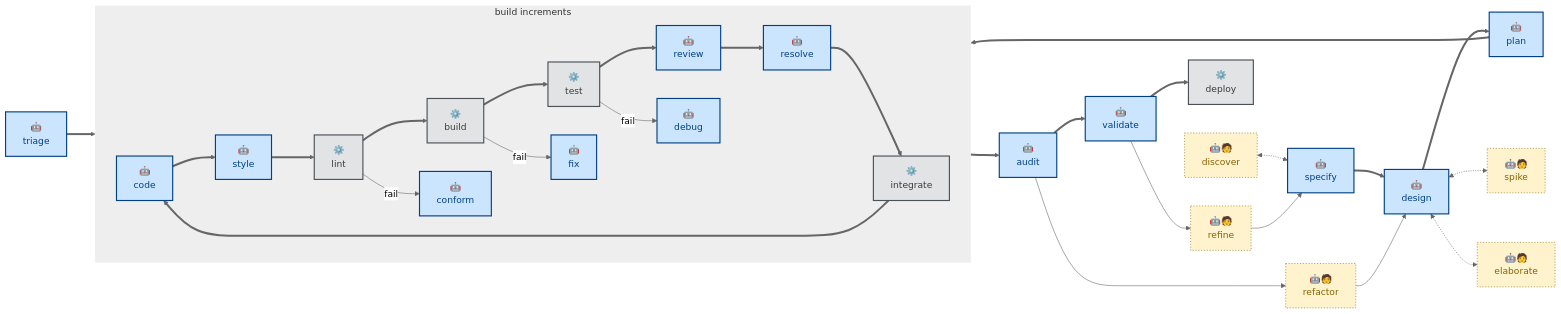
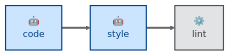
Before and after one commit to kieranpotts/skills: the diagram in skills/style/README.md, drawn with Mermaid (neutral theme). The commit also changed other lines of this file and 25 other files, not shown here.

````diff
--- a/skills/style/README.md
+++ b/skills/style/README.md
@@ -17,73 +28,16 @@
 ```mermaid
 flowchart LR
   %% Node labels and classes.
-  discover["🤖🧑\ndiscover"]:::anthropic
-  specify["🤖\nspecify"]:::agentic
-  design["🤖\ndesign"]:::agentic
-  triage["🤖\ntriage"]:::agentic
-  plan["🤖\nplan"]:::agentic
   code["🤖\ncode"]:::agentic
   styleSkill["🤖\nstyle"]:::agentic
   lint["⚙️\nlint"]:::scripted
-  review["🤖\nreview"]:::agentic
-  resolve["🤖\nresolve"]:::agentic
-  build["⚙️\nbuild"]:::scripted
-  test["⚙️\ntest"]:::scripted
-  integrate["⚙️\nintegrate"]:::scripted
-  audit["🤖\naudit"]:::agentic
-  validate["🤖\nvalidate"]:::agentic
-  deploy["⚙️\ndeploy"]:::scripted
-
-  conform["🤖\nconform"]:::agentic
-  fix["🤖\nfix"]:::agentic
-  debug["🤖\ndebug"]:::agentic
-
-  spike["🤖🧑\nspike"]:::anthropic
-  elaborate["🤖🧑\nelaborate"]:::anthropic
-  refactor["🤖🧑\nrefactor"]:::anthropic
-  refine["🤖🧑\nrefine"]:::anthropic
 
   %% Main workflow sequence.
-  specify ==> design
-  design ==> plan
-  triage ==> code
-  plan ==> code
-  subgraph build_increments [build increments]
-    direction LR
-    code ==> styleSkill
-    styleSkill ==> lint
-    lint ==> build
-    build ==> test
-    test ==> review
-    review ==> resolve
-    resolve ==> integrate
-    integrate ==> code
-
-    %% Failures.
-    lint -- fail --> conform
-    build -- fail --> fix
-    test -- fail --> debug
-  end
-  integrate ==> audit
-  audit ==> validate
-  validate ==> deploy
-
-  %% Callouts to helpers.
-  discover <-.-> specify
-  design <-.-> spike
-  design <-.-> elaborate
-
-  %% Feedback loops.
-  audit --> refactor
-  refactor --> design
-  validate --> refine
-  refine --> specify
+  code ==> styleSkill
+  styleSkill ==> lint
 
   %% Class definitions.
   classDef agentic fill:#cce5ff,stroke:#004085,color:#004085,stroke-width:2px
   classDef scripted fill:#e2e3e5,stroke:#4b5157,color:#383d41,stroke-width:2px
   classDef anthropic fill:#fff3cd,stroke:#856404,color:#856404,stroke-width:1px,stroke-dasharray:2 3
-
-  %% Subgraph (loop) border styling.
-  style build_increments fill:#EEEEEE,stroke-width:0px
 ```
````
